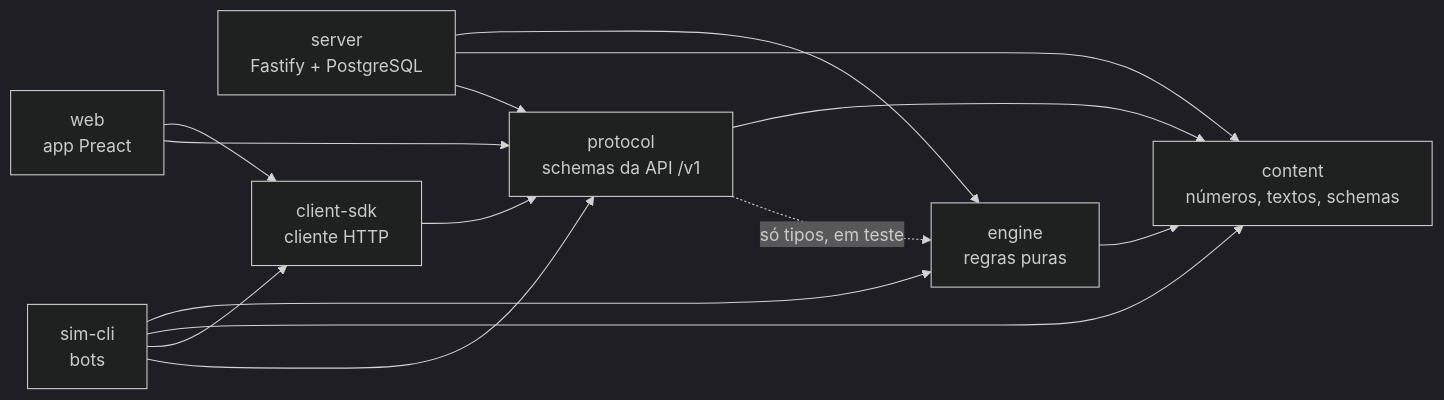
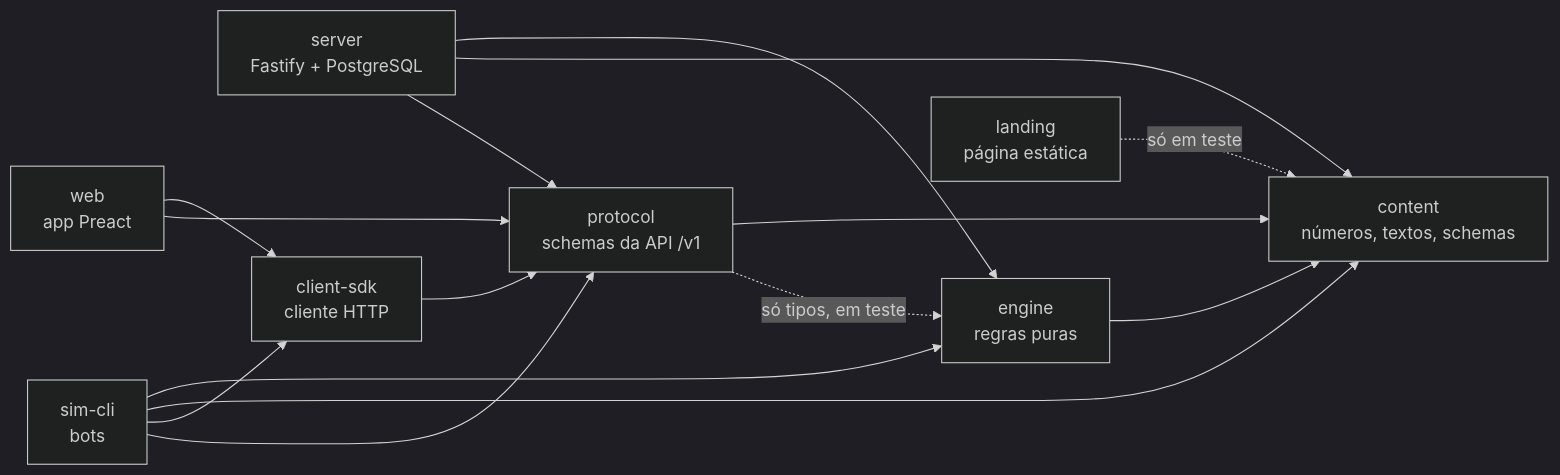
One commit to gustavopals/pals-vscode-game changed the second of 3 diagrams in docs/architecture.md. Above: the diagram before and after it, drawn with Mermaid (dark theme). The commit also changed other lines of this file and 8 other files, not shown here.

````diff
--- a/docs/architecture.md
+++ b/docs/architecture.md
@@ -53,24 +56,26 @@
 ```mermaid
 flowchart LR
     content["content<br/>números, textos, schemas"]
     engine["engine<br/>regras puras"]
     protocol["protocol<br/>schemas da API /v1"]
     server["server<br/>Fastify + PostgreSQL"]
     sdk["client-sdk<br/>cliente HTTP"]
     web["web<br/>app Preact"]
     sim["sim-cli<br/>bots"]
+    landing["landing<br/>página estática"]
 
     engine --> content
     protocol --> content
     protocol -. "só tipos, em teste" .-> engine
     server --> engine
     server --> content
     server --> protocol
     sdk --> protocol
     web --> sdk
     web --> protocol
     sim --> engine
     sim --> content
     sim --> sdk
     sim --> protocol
+    landing -. "só em teste" .-> content
 ```
````
